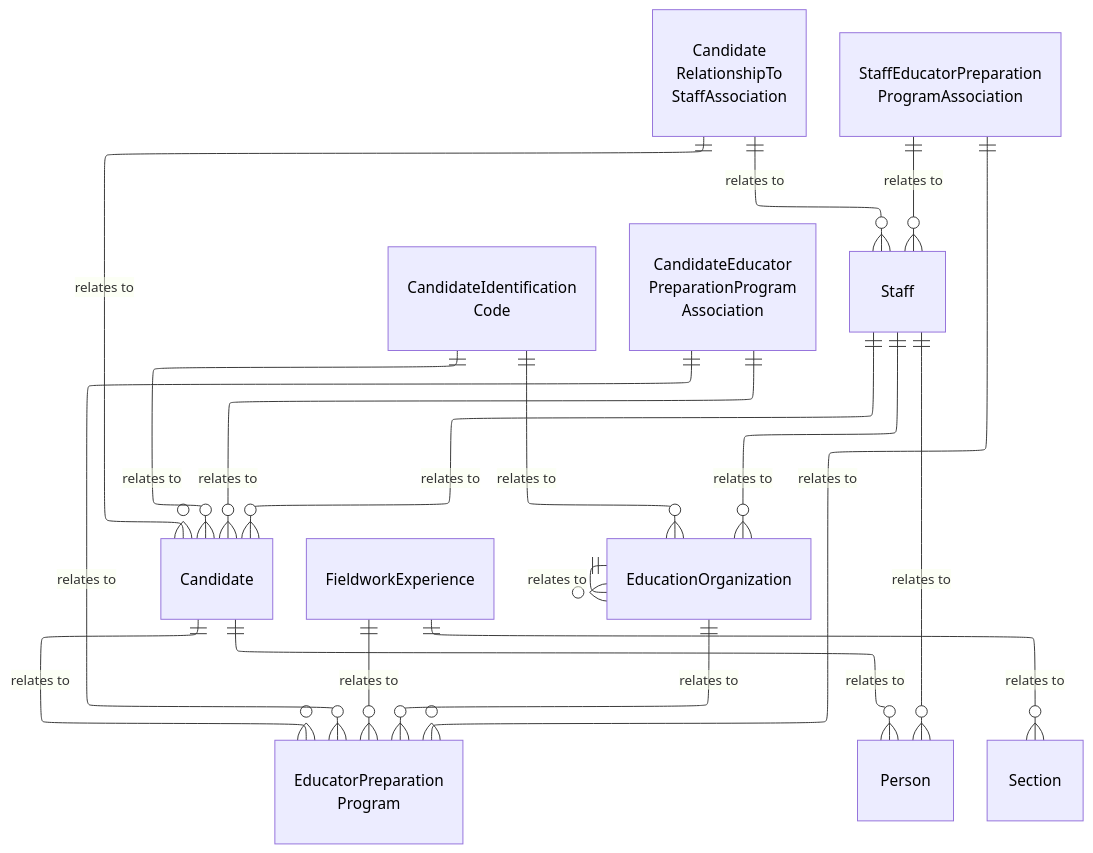
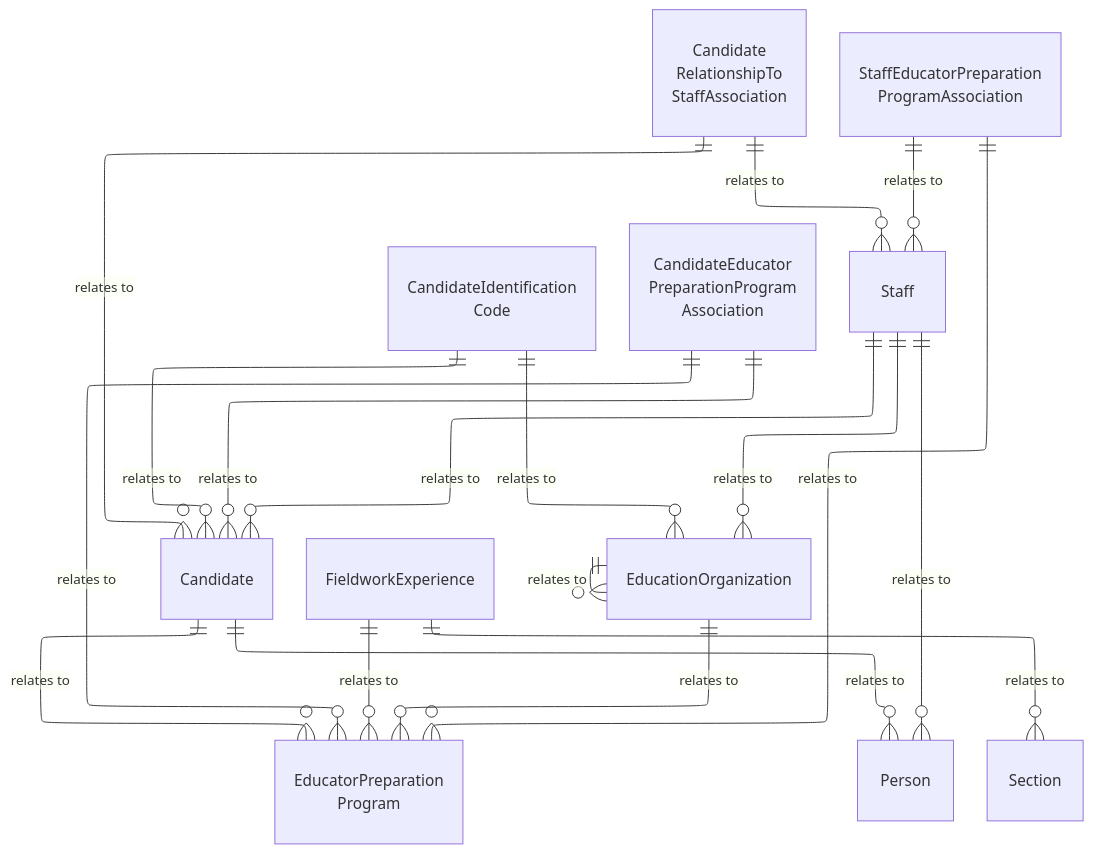
The diagram in dataStandard_versioned_docs/version-6/model-reference/educator-preparation-program-domain/model-diagrams.md (Ed-Fi-Alliance-OSS/ed-fi-alliance-oss.github.io), drawn with Mermaid before and after one commit. The commit also changed 24 other files, not shown here.

````diff
--- a/dataStandard_versioned_docs/version-6/model-reference/educator-preparation-program-domain/model-diagrams.md
+++ b/dataStandard_versioned_docs/version-6/model-reference/educator-preparation-program-domain/model-diagrams.md
@@ -10,57 +10,46 @@
 ```mermaid
 ---
 config:
   layout: elk
 ---
 erDiagram
     Candidate {
     }
     CandidateIdentificationCode["CandidateIdentification<br/>Code"] {
     }
     EducatorPreparationProgram["EducatorPreparation<br/>Program"] {
     }
     FieldworkExperience {
     }
     CandidateEducatorPreparationProgramAssociation["CandidateEducator<br/>PreparationProgram<br/>Association"] {
     }
     CandidateRelationshipToStaffAssociation["Candidate<br/>RelationshipTo<br/>StaffAssociation"] {
     }
     StaffEducatorPreparationProgramAssociation["StaffEducatorPreparation<br/>ProgramAssociation"] {
     }
     Person {
     }
     Staff {
     }
     EducationOrganization {
     }
     Section {
     }
     Candidate ||--o{ Person : "relates to"
     Staff ||--o{ Person : "relates to"
     Candidate ||--o{ EducatorPreparationProgram : "relates to"
     CandidateEducatorPreparationProgramAssociation ||--o{ Candidate : "relates to"
     CandidateEducatorPreparationProgramAssociation ||--o{ EducatorPreparationProgram : "relates to"
     Staff ||--o{ Candidate : "relates to"
     CandidateRelationshipToStaffAssociation ||--o{ Candidate : "relates to"
     CandidateRelationshipToStaffAssociation ||--o{ Staff : "relates to"
     StaffEducatorPreparationProgramAssociation ||--o{ Staff : "relates to"
     StaffEducatorPreparationProgramAssociation ||--o{ EducatorPreparationProgram : "relates to"
     EducationOrganization ||--o{ EducatorPreparationProgram : "relates to"
     Staff ||--o{ EducationOrganization : "relates to"
     FieldworkExperience ||--o{ EducatorPreparationProgram : "relates to"
     FieldworkExperience ||--o{ Section : "relates to"
     CandidateIdentificationCode ||--o{ Candidate : "relates to"
     CandidateIdentificationCode ||--o{ EducationOrganization : "relates to"
     EducationOrganization ||--o{ EducationOrganization : "relates to"
-    style Candidate color:#000000
-    style CandidateIdentificationCode color:#000000
-    style EducatorPreparationProgram color:#000000
-    style FieldworkExperience color:#000000
-    style CandidateEducatorPreparationProgramAssociation color:#000000
-    style CandidateRelationshipToStaffAssociation color:#000000
-    style StaffEducatorPreparationProgramAssociation color:#000000
-    style Person color:#000000
-    style Staff color:#000000
-    style EducationOrganization color:#000000
-    style Section color:#000000
 ```
````
